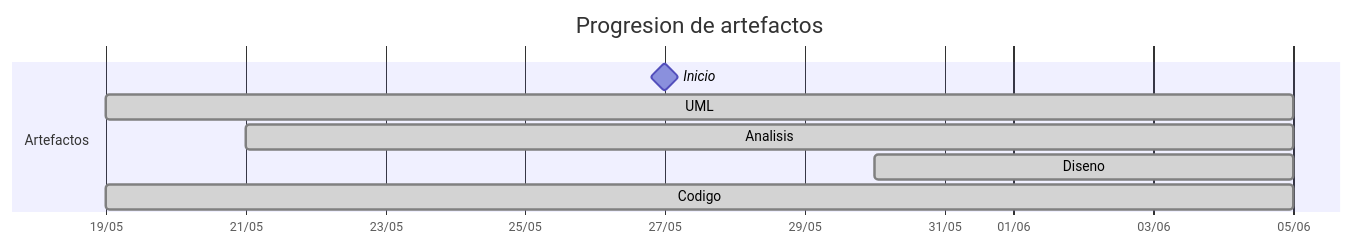
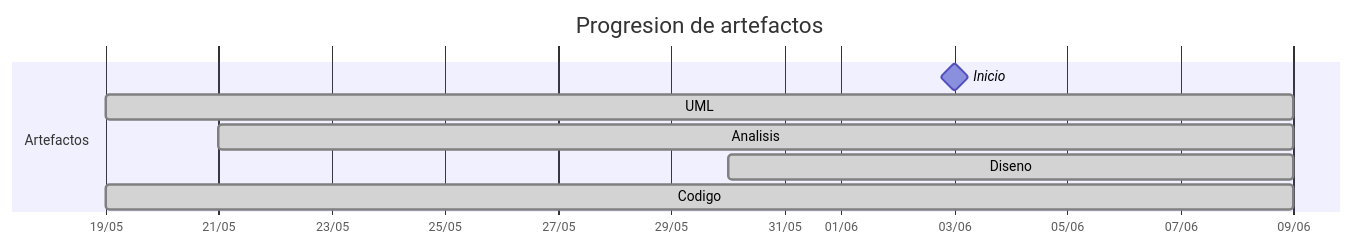
The diagram in TIMELINES/Pareyor.md (mmasias/25-26-idsw2-sdVC), drawn with Mermaid before and after one commit. The commit also changed other lines of this file and 2 other files, not shown here.

Commit message:
fix(timelines): regenerar Pareyor, jerdier, liamanderson873 — trazabilidad CU-level actualizada

````diff
--- a/TIMELINES/Pareyor.md
+++ b/TIMELINES/Pareyor.md
@@ -23,12 +22,12 @@
 ```mermaid
 gantt
     title Progresion de artefactos
     dateFormat YYYY-MM-DD
     axisFormat %d/%m
     section Artefactos
-        Inicio       :milestone, 2026-05-27, 0d
-        UML          :done, 2026-05-19, 2026-06-05
-        Analisis     :done, 2026-05-21, 2026-06-05
-        Diseno       :done, 2026-05-30, 2026-06-05
-        Codigo       :done, 2026-05-19, 2026-06-05
+        Inicio       :milestone, 2026-06-03, 0d
+        UML          :done, 2026-05-19, 2026-06-09
+        Analisis     :done, 2026-05-21, 2026-06-09
+        Diseno       :done, 2026-05-30, 2026-06-09
+        Codigo       :done, 2026-05-19, 2026-06-09
 ```
````
